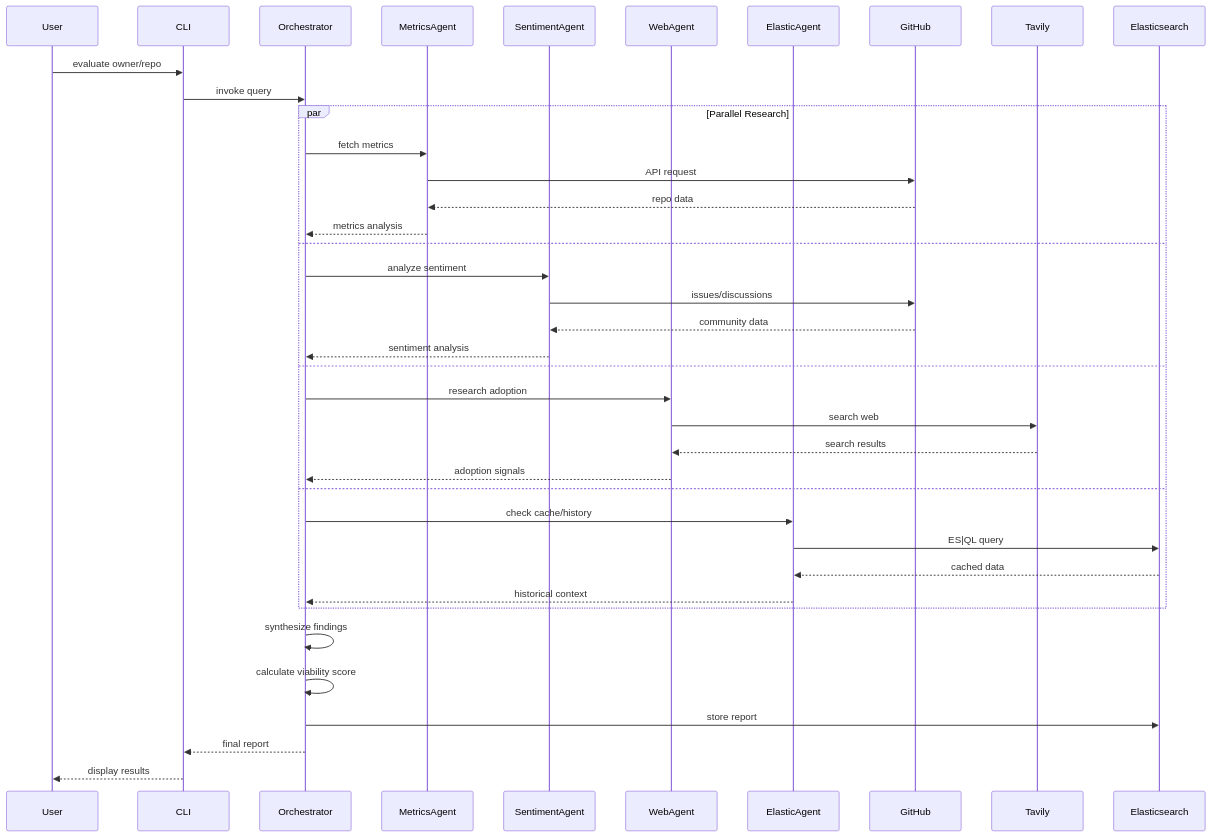
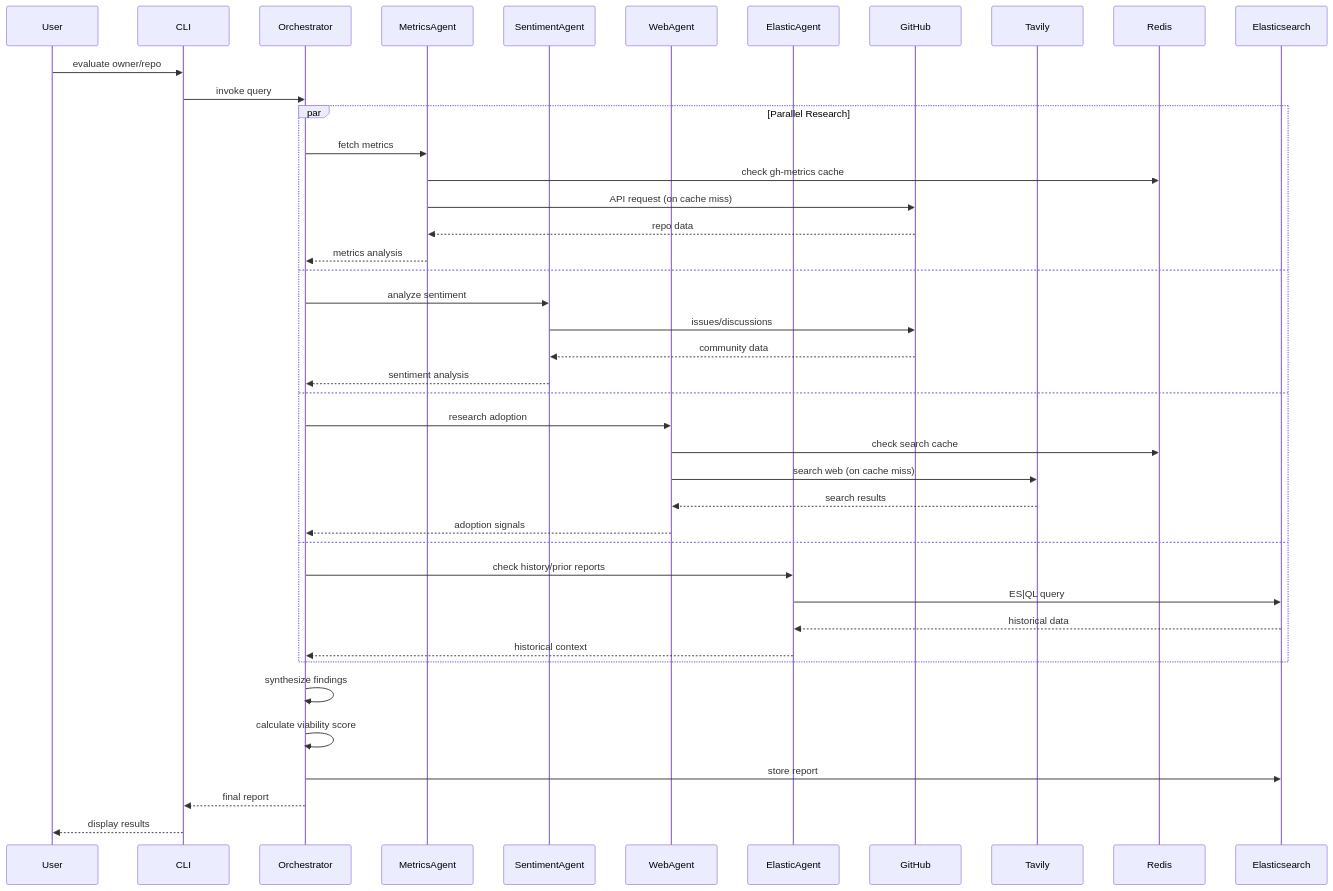
The third of 4 diagrams in README.md (justincastilla/DevRel-DeepAgent), drawn with Mermaid before and after one commit. The commit also changed other lines of this file and 22 other files, not shown here.

````diff
--- a/README.md
+++ b/README.md
@@ -221,44 +225,47 @@
 ```mermaid
 sequenceDiagram
     participant User
     participant CLI
     participant Orchestrator
     participant MetricsAgent
     participant SentimentAgent
     participant WebAgent
     participant ElasticAgent
     participant GitHub
     participant Tavily
+    participant Redis
     participant Elasticsearch
 
     User->>CLI: evaluate owner/repo
     CLI->>Orchestrator: invoke query
 
     par Parallel Research
         Orchestrator->>MetricsAgent: fetch metrics
-        MetricsAgent->>GitHub: API request
+        MetricsAgent->>Redis: check gh-metrics cache
+        MetricsAgent->>GitHub: API request (on cache miss)
         GitHub-->>MetricsAgent: repo data
         MetricsAgent-->>Orchestrator: metrics analysis
     and
         Orchestrator->>SentimentAgent: analyze sentiment
         SentimentAgent->>GitHub: issues/discussions
         GitHub-->>SentimentAgent: community data
         SentimentAgent-->>Orchestrator: sentiment analysis
     and
         Orchestrator->>WebAgent: research adoption
-        WebAgent->>Tavily: search web
+        WebAgent->>Redis: check search cache
+        WebAgent->>Tavily: search web (on cache miss)
         Tavily-->>WebAgent: search results
         WebAgent-->>Orchestrator: adoption signals
     and
-        Orchestrator->>ElasticAgent: check cache/history
+        Orchestrator->>ElasticAgent: check history/prior reports
         ElasticAgent->>Elasticsearch: ES|QL query
-        Elasticsearch-->>ElasticAgent: cached data
+        Elasticsearch-->>ElasticAgent: historical data
         ElasticAgent-->>Orchestrator: historical context
     end
 
     Orchestrator->>Orchestrator: synthesize findings
     Orchestrator->>Orchestrator: calculate viability score
     Orchestrator->>Elasticsearch: store report
     Orchestrator-->>CLI: final report
     CLI-->>User: display results
 ```
````
